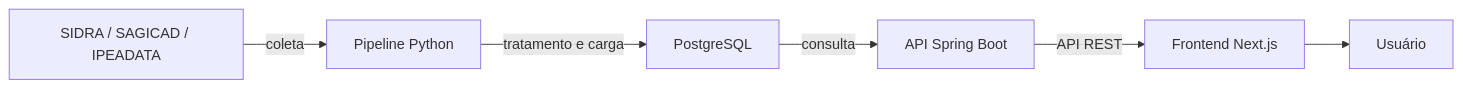
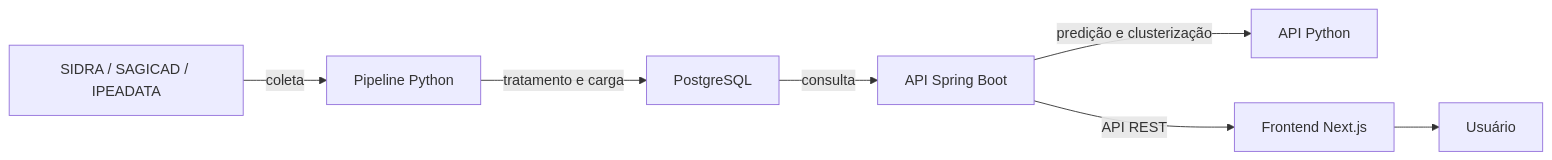
One commit to GRUPO-NARA/mapa-social-do-maranhao changed the diagram in README.md. Above: the diagram before and after it, drawn with Mermaid. The commit also changed other lines of this file and 61 other files, not shown here.

````diff
--- a/README.md
+++ b/README.md
@@ -25,15 +26,17 @@
 ```mermaid
 flowchart LR
     fontes["SIDRA / SAGICAD / IPEADATA"]
     pipeline["Pipeline Python"]
     banco["PostgreSQL"]
     backend["API Spring Boot"]
+    apiPython["API Python"]
     frontend["Frontend Next.js"]
     usuario["Usuário"]
 
     fontes -->|"coleta"| pipeline
     pipeline -->|"tratamento e carga"| banco
     banco -->|"consulta"| backend
+    backend -->|"predição e clusterização"| apiPython
     backend -->|"API REST"| frontend
     frontend --> usuario
 ```
````
